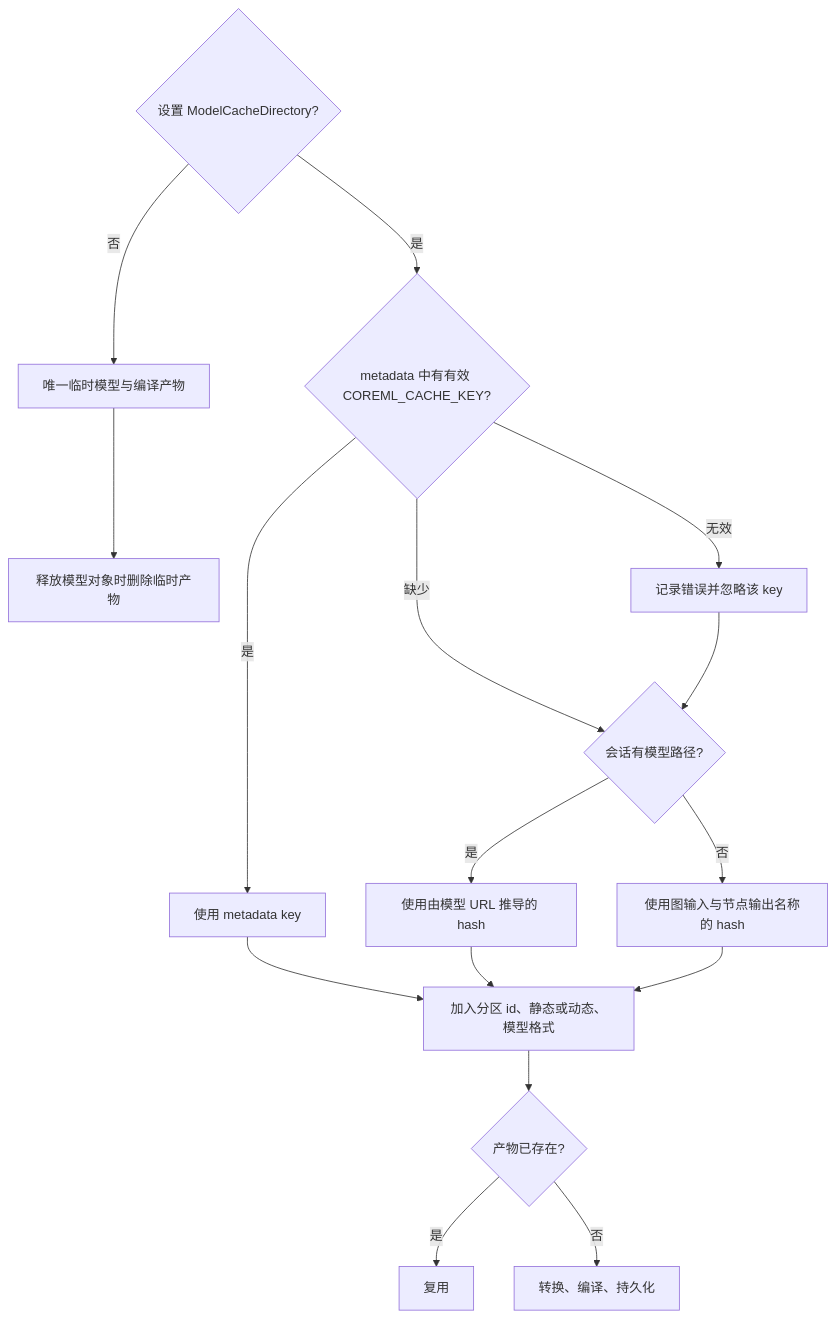
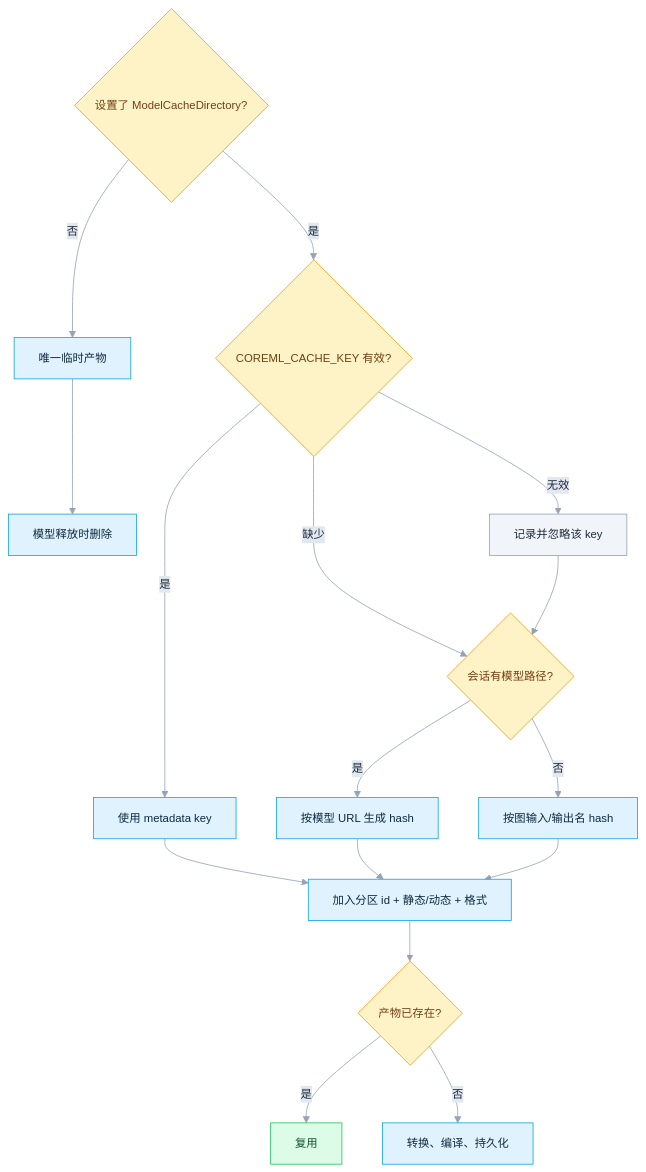
The eighth of 12 diagrams in Apple/README.zh-CN.md (DakeQQ/Tutorial-ONNX-Runtime-Execution-Providers), drawn with Mermaid before and after one commit. The commit also changed other lines of this file and 15 other files, not shown here.

````diff
--- a/Apple/README.zh-CN.md
+++ b/Apple/README.zh-CN.md
@@ -340,19 +454,28 @@
 ```mermaid
+%%{init: {"theme":"base","themeVariables":{"fontSize":"14px","lineColor":"#94a3b8","edgeLabelBackground":"#e2e8f0","primaryTextColor":"#1e293b"}}}%%
 flowchart TD
-  A{设置 ModelCacheDirectory?}
-  A -->|否| B[唯一临时模型与编译产物]
-  B --> C[释放模型对象时删除临时产物]
-  A -->|是| D{metadata 中有有效 COREML_CACHE_KEY?}
-  D -->|是| E[使用 metadata key]
-  D -->|无效| F[记录错误并忽略该 key]
-  D -->|缺少| G{会话有模型路径?}
+  A{"设置了 ModelCacheDirectory?"}
+  A -->|否| B["唯一临时产物"]
+  B --> C["模型释放时删除"]
+  A -->|是| D{"COREML_CACHE_KEY 有效?"}
+  D -->|是| E["使用 metadata key"]
+  D -->|无效| F["记录并忽略该 key"]
+  D -->|缺少| G{"会话有模型路径?"}
   F --> G
-  G -->|是| H[使用由模型 URL 推导的 hash]
-  G -->|否| I[使用图输入与节点输出名称的 hash]
-  E --> J[加入分区 id、静态或动态、模型格式]
-  H --> J
-  I --> J
-  J --> K{产物已存在?}
-  K -->|是| L[复用]
-  K -->|否| M[转换、编译、持久化]
+  G -->|是| H["按模型 URL 生成 hash"]
+  G -->|否| I["按图输入/输出名 hash"]
+  E --> Z["加入分区 id + 静态/动态 + 格式"]
+  H --> Z
+  I --> Z
+  Z --> K{"产物已存在?"}
+  K -->|是| L["复用"]
+  K -->|否| M["转换、编译、持久化"]
+  classDef step fill:#e0f2fe,stroke:#0ea5e9,color:#0c2a3d;
+  classDef dec fill:#fef3c7,stroke:#f59e0b,color:#713f12;
+  classDef good fill:#dcfce7,stroke:#22c55e,color:#14532d;
+  classDef note fill:#f1f5f9,stroke:#94a3b8,color:#1e293b;
+  class B,C,E,H,I,Z,M step;
+  class A,D,G,K dec;
+  class L good;
+  class F note;
 ```
````
